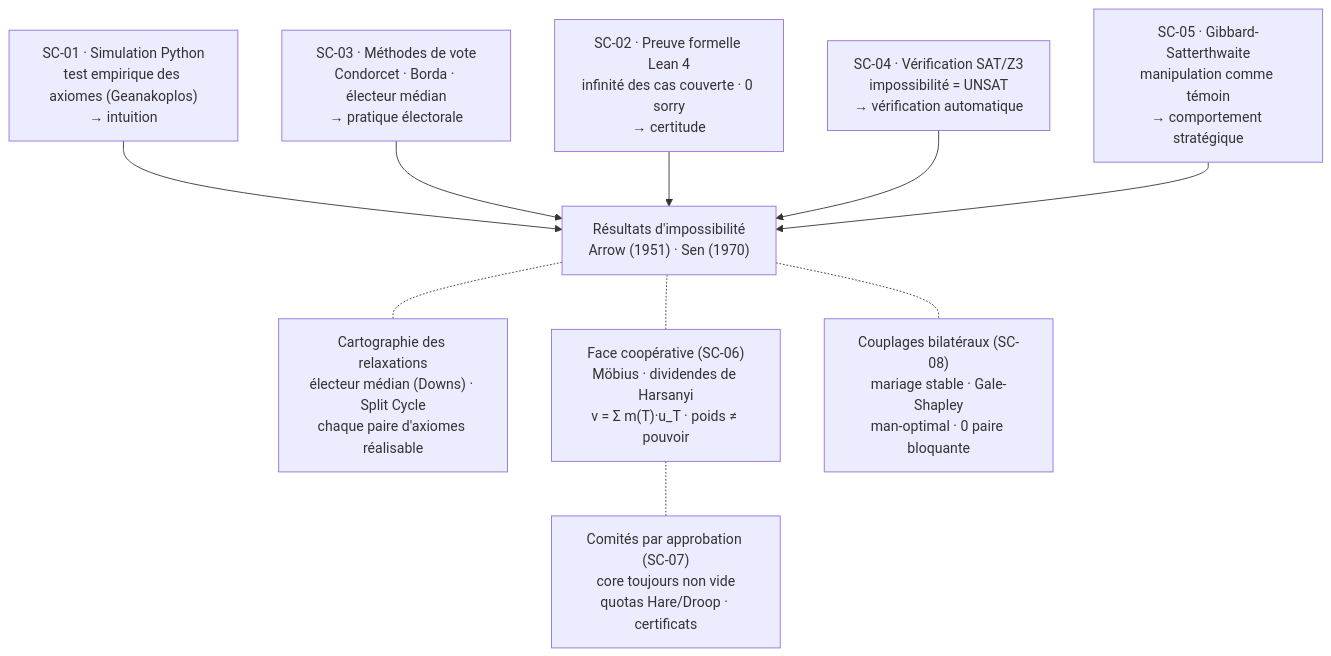
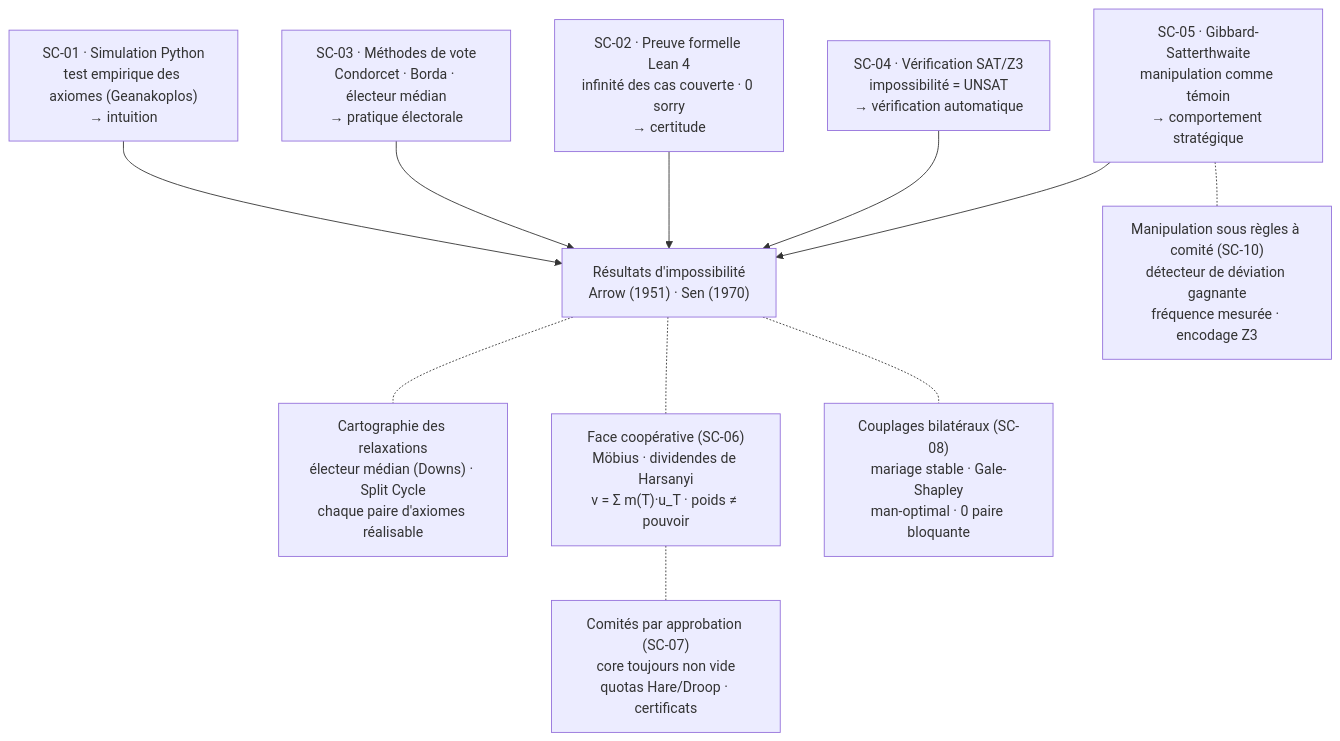
Before and after one commit to jsboige/CoursIA: the diagram in MyIA.AI.Notebooks/GameTheory/SocialChoice/README.md, drawn with Mermaid. The commit also changed other lines of this file and 1 other file, not shown here.

First line of the commit message:
feat(notebook,#21597): SC-10 manipulation stratégique sous règles à comité

````diff
--- a/MyIA.AI.Notebooks/GameTheory/SocialChoice/README.md
+++ b/MyIA.AI.Notebooks/GameTheory/SocialChoice/README.md
@@ -51,20 +52,21 @@
 ```mermaid
 flowchart TD
     Result["Résultats d'impossibilité<br/>Arrow (1951) · Sen (1970)"]
 
     E1["SC-01 · Simulation Python<br/>test empirique des axiomes (Geanakoplos)<br/>→ intuition"]
     E2["SC-03 · Méthodes de vote<br/>Condorcet · Borda · électeur médian<br/>→ pratique électorale"]
     E3["SC-02 · Preuve formelle Lean 4<br/>infinité des cas couverte · 0 sorry<br/>→ certitude"]
     E4["SC-04 · Vérification SAT/Z3<br/>impossibilité = UNSAT<br/>→ vérification automatique"]
     E5["SC-05 · Gibbard-Satterthwaite<br/>manipulation comme témoin<br/>→ comportement stratégique"]
 
     E1 --> Result
     E2 --> Result
     E3 --> Result
     E4 --> Result
     E5 --> Result
     Result -.- Relax["Cartographie des relaxations<br/>électeur médian (Downs) · Split Cycle<br/>chaque paire d'axiomes réalisable"]
     Result -.- Coop["Face coopérative (SC-06)<br/>Möbius · dividendes de Harsanyi<br/>v = Σ m(T)·u_T · poids ≠ pouvoir"]
     Coop -.- Comm["Comités par approbation (SC-07)<br/>core toujours non vide<br/>quotas Hare/Droop · certificats"]
     Result -.- Match["Couplages bilatéraux (SC-08)<br/>mariage stable · Gale-Shapley<br/>man-optimal · 0 paire bloquante"]
+    E5 -.- Manip["Manipulation sous règles à comité (SC-10)<br/>détecteur de déviation gagnante<br/>fréquence mesurée · encodage Z3"]
 ```
````
